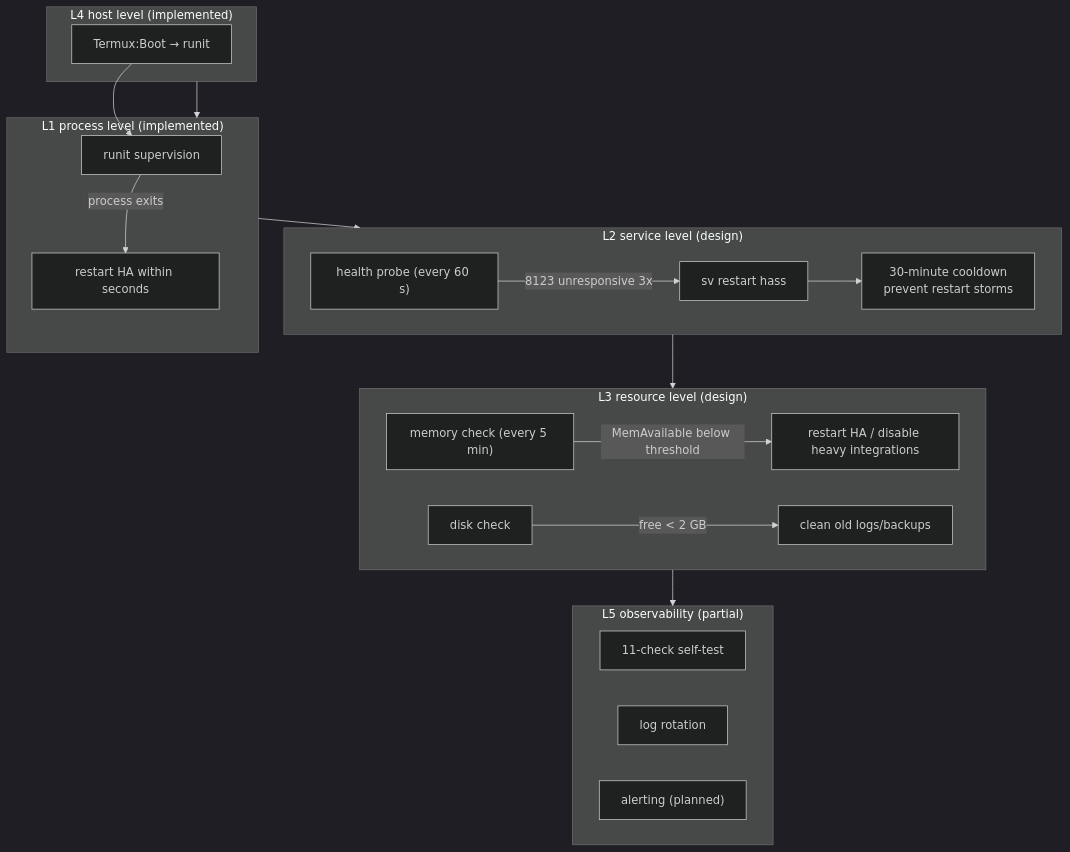
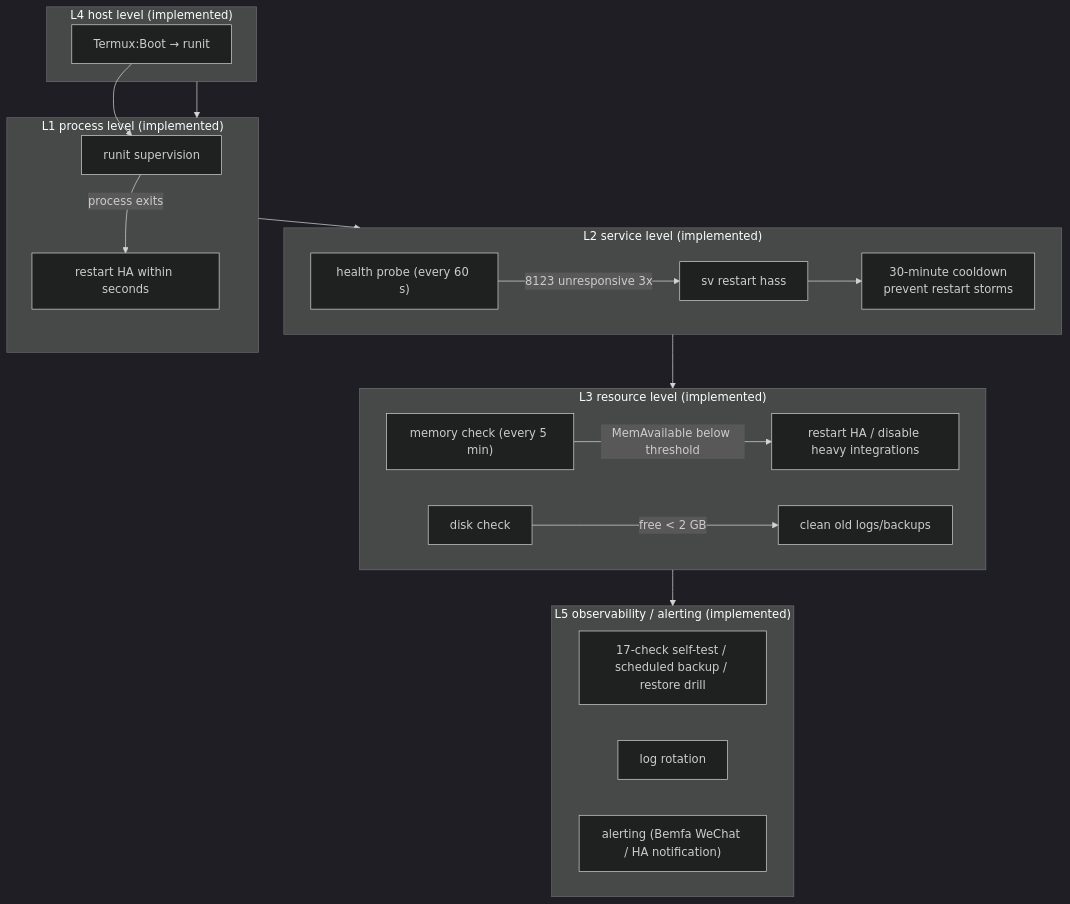
The fourth of 5 diagrams in docs/Architecture-EN.md (VotaverUno/android-tv-box-home-assistant), drawn with Mermaid (dark theme) before and after one commit. The commit also changed other lines of this file and 11 other files, not shown here.

Commit message:
fix: low-risk fixes from external review (docs consistency, patch script CLIs, bemfa https, start-ha version check, mobile_app patch) + add control-flow image

````diff
--- a/docs/Architecture-EN.md
+++ b/docs/Architecture-EN.md
@@ -159,28 +159,28 @@
 ```mermaid
 flowchart TB
     subgraph L1["L1 process level (implemented)"]
         RUNIT["runit supervision"]
         RUNIT -->|"process exits"| R1["restart HA within seconds"]
     end
-    subgraph L2["L2 service level (design)"]
+    subgraph L2["L2 service level (implemented)"]
         PROBE["health probe (every 60 s)"]
         PROBE -->|"8123 unresponsive 3x"| R2["sv restart hass"]
         R2 --> COOL["30-minute cooldown<br/>prevent restart storms"]
     end
-    subgraph L3["L3 resource level (design)"]
+    subgraph L3["L3 resource level (implemented)"]
         MEM["memory check (every 5 min)"]
         MEM -->|"MemAvailable below threshold"| GC["restart HA / disable heavy integrations"]
         DISK["disk check"]
         DISK -->|"free < 2 GB"| CLEAN["clean old logs/backups"]
     end
     subgraph L4["L4 host level (implemented)"]
         BOOT["Termux:Boot → runit"]
         BOOT --> RUNIT
     end
-    subgraph L5["L5 observability (partial)"]
-        SELFTEST["11-check self-test"]
+    subgraph L5["L5 observability / alerting (implemented)"]
+        SELFTEST["17-check self-test / scheduled backup / restore drill"]
         LOG["log rotation"]
-        ALERT["alerting (planned)"]
+        ALERT["alerting (Bemfa WeChat / HA notification)"]
     end
     L4 --> L1 --> L2 --> L3 --> L5
 ```
````
